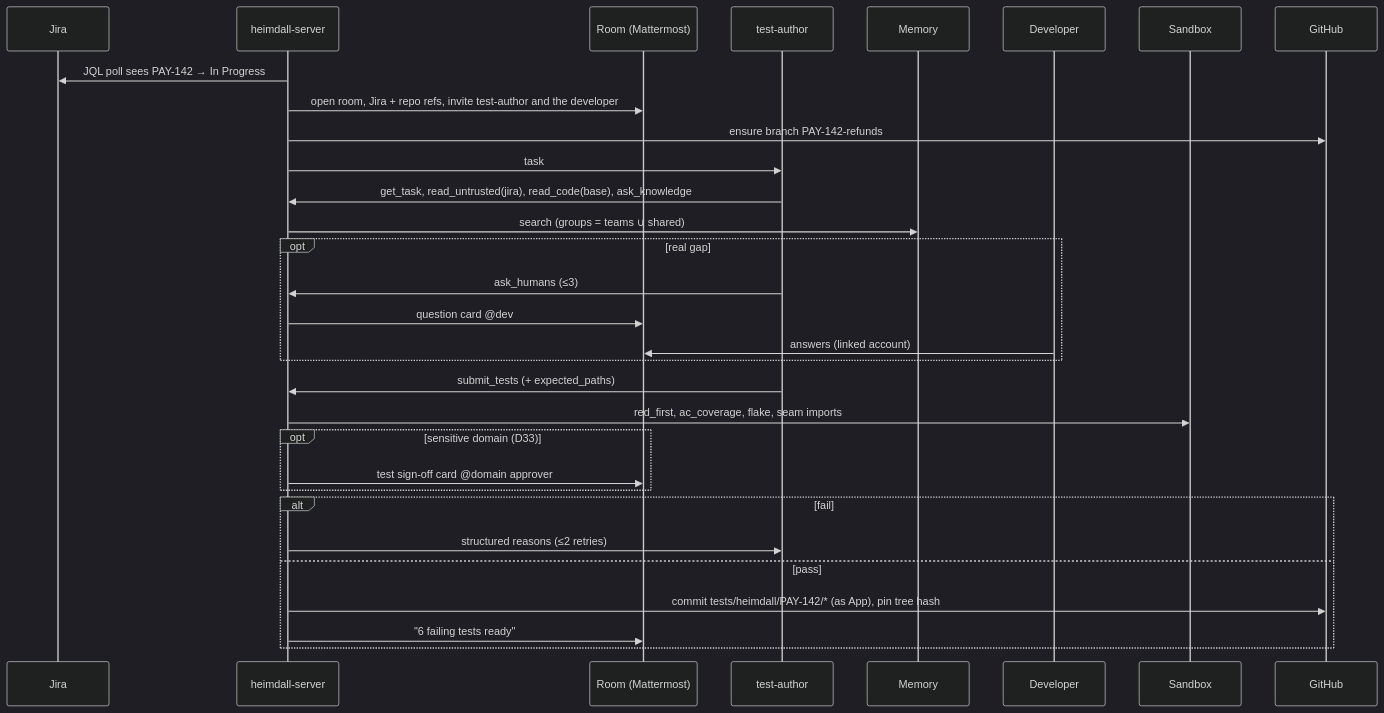
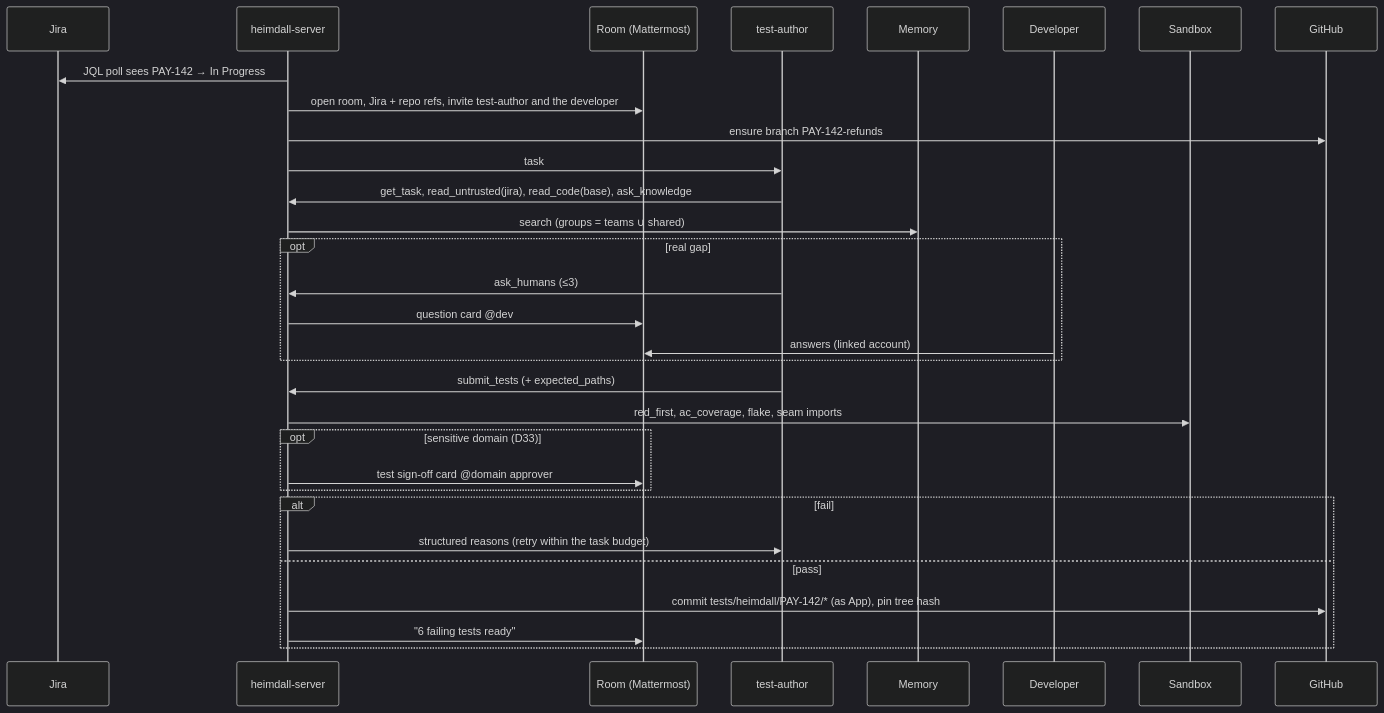
One commit to prathameshk421/Heimdall changed the second of 3 diagrams in docs/TECH_SPEC.md. Above: the diagram before and after it, drawn with Mermaid (dark theme). The commit also changed other lines of this file and 23 other files, not shown here.

````diff
--- a/docs/TECH_SPEC.md
+++ b/docs/TECH_SPEC.md
@@ -527,33 +571,33 @@
 ```mermaid
 sequenceDiagram
   participant J as Jira
   participant P as heimdall-server
   participant R as Room (Mattermost)
   participant T as test-author
   participant M as Memory
   participant D as Developer
   participant S as Sandbox
   participant G as GitHub
   P->>J: JQL poll sees PAY-142 → In Progress
   P->>R: open room, Jira + repo refs, invite test-author and the developer
   P->>G: ensure branch PAY-142-refunds
   P->>T: task
   T->>P: get_task, read_untrusted(jira), read_code(base), ask_knowledge
   P->>M: search (groups = teams ∪ shared)
   opt real gap
     T->>P: ask_humans (≤3)
     P->>R: question card @dev
     D->>R: answers (linked account)
   end
   T->>P: submit_tests (+ expected_paths)
   P->>S: red_first, ac_coverage, flake, seam imports
   opt sensitive domain (D33)
     P->>R: test sign-off card @domain approver
   end
   alt fail
-    P->>T: structured reasons (≤2 retries)
+    P->>T: structured reasons (retry within the task budget)
   else pass
     P->>G: commit tests/heimdall/PAY-142/* (as App), pin tree hash
     P->>R: "6 failing tests ready"
   end
 ```
````
